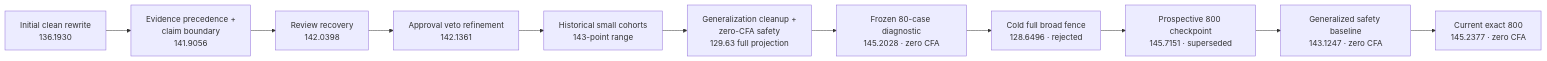
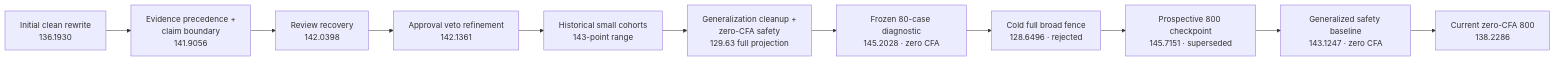
One commit to midasavocado/mib-doc-challenge-solution changed the fourth of 5 diagrams in MEMO.md. Above: the diagram before and after it, drawn with Mermaid. The commit also changed other lines of this file and 7 other files, not shown here.

Commit message:
Promote aggregate-validated zero-CFA classifier

````diff
--- a/MEMO.md
+++ b/MEMO.md
@@ -519,14 +523,14 @@
 ```mermaid
 flowchart LR
     A["Initial clean rewrite<br/>136.1930"] -->
     B["Evidence precedence +<br/>claim boundary<br/>141.9056"] -->
     C["Review recovery<br/>142.0398"] -->
     D["Approval veto refinement<br/>142.1361"] -->
     E["Historical small cohorts<br/>143-point range"] -->
     F["Generalization cleanup +<br/>zero-CFA safety<br/>129.63 full projection"] -->
     G["Frozen 80-case diagnostic<br/>145.2028 · zero CFA"] -->
     H["Cold full broad fence<br/>128.6496 · rejected"] -->
     I["Prospective 800 checkpoint<br/>145.7151 · superseded"] -->
     J["Generalized safety baseline<br/>143.1247 · zero CFA"] -->
-    K["Current exact 800<br/>145.2377 · zero CFA"]
+    K["Current zero-CFA 800<br/>138.2286"]
 ```
````
